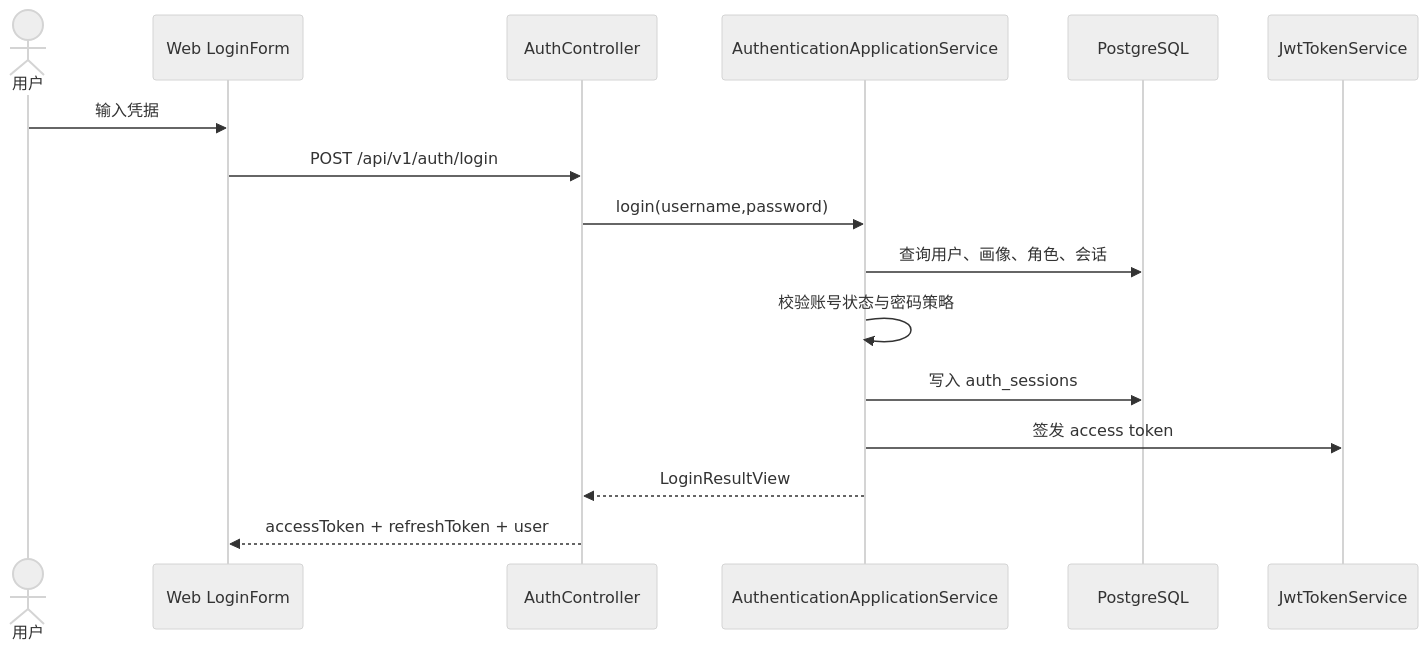
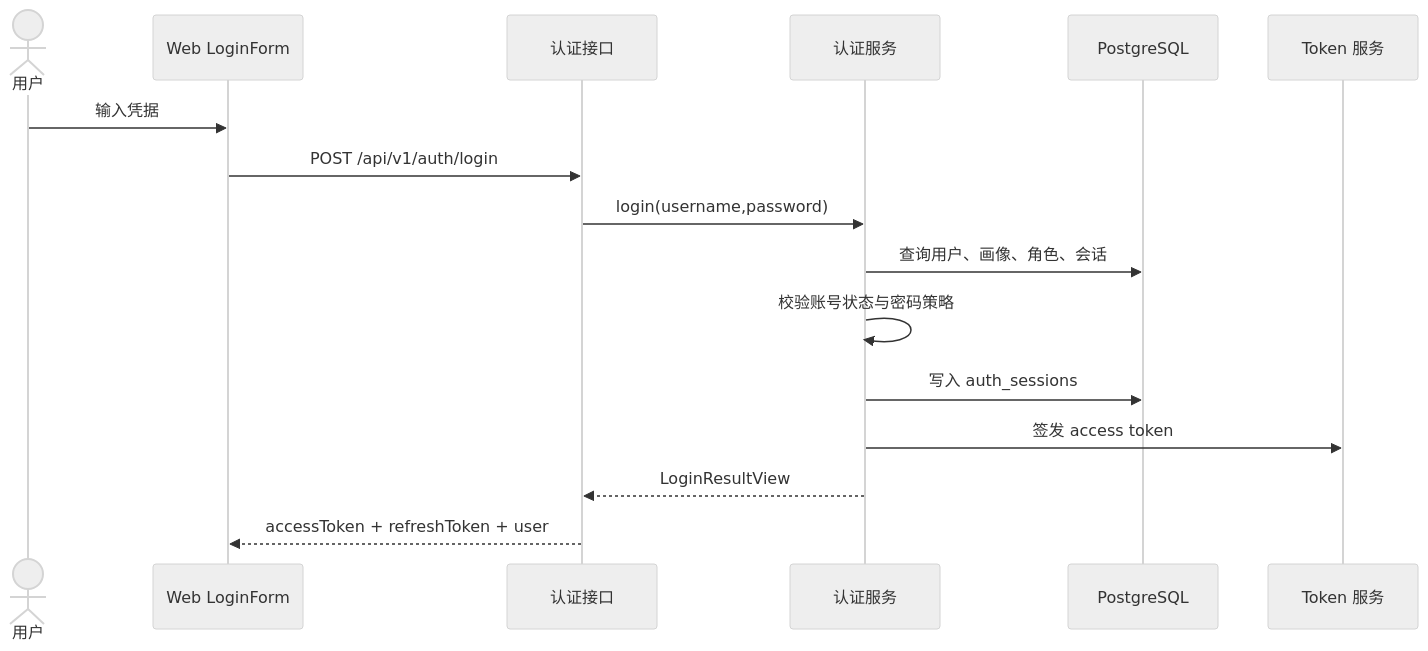
The fourth of 36 diagrams in 02-process-docs/detailed-design.md (BUAA-SEProject/docs), drawn with Mermaid (neutral theme) before and after one commit. The commit also changed other lines of this file and 6 other files, not shown here.

````diff
--- a/02-process-docs/detailed-design.md
+++ b/02-process-docs/detailed-design.md
@@ -186,19 +186,19 @@
 ```mermaid
 sequenceDiagram
   actor U as 用户
   participant W as Web LoginForm
-  participant A as AuthController
-  participant S as AuthenticationApplicationService
+  participant A as 认证接口
+  participant S as 认证服务
   participant DB as PostgreSQL
-  participant JWT as JwtTokenService
+  participant JWT as Token 服务
 
   U->>W: 输入凭据
   W->>A: POST /api/v1/auth/login
   A->>S: login(username,password)
   S->>DB: 查询用户、画像、角色、会话
   S->>S: 校验账号状态与密码策略
   S->>DB: 写入 auth_sessions
   S->>JWT: 签发 access token
   S-->>A: LoginResultView
   A-->>W: accessToken + refreshToken + user
 ```
````
